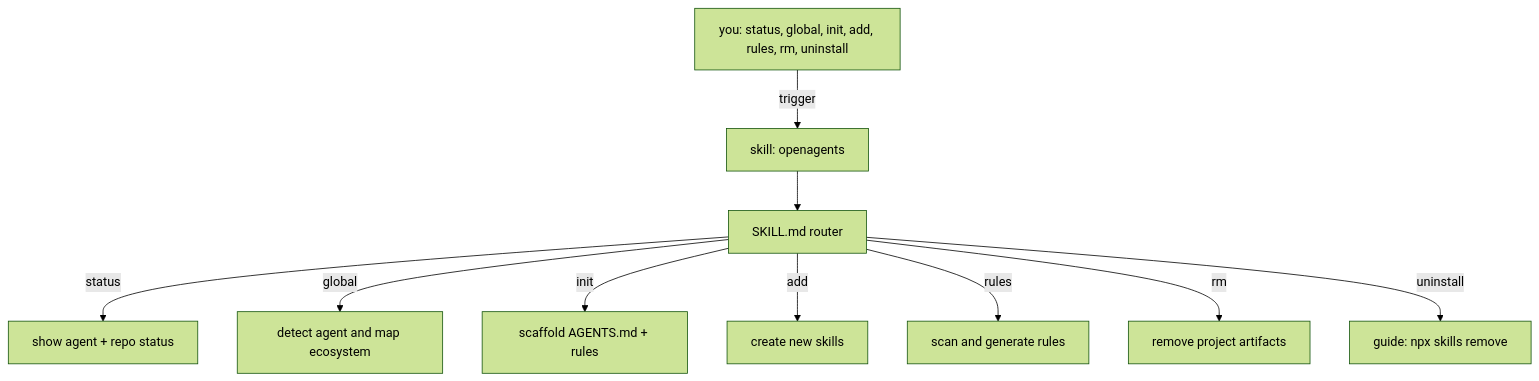
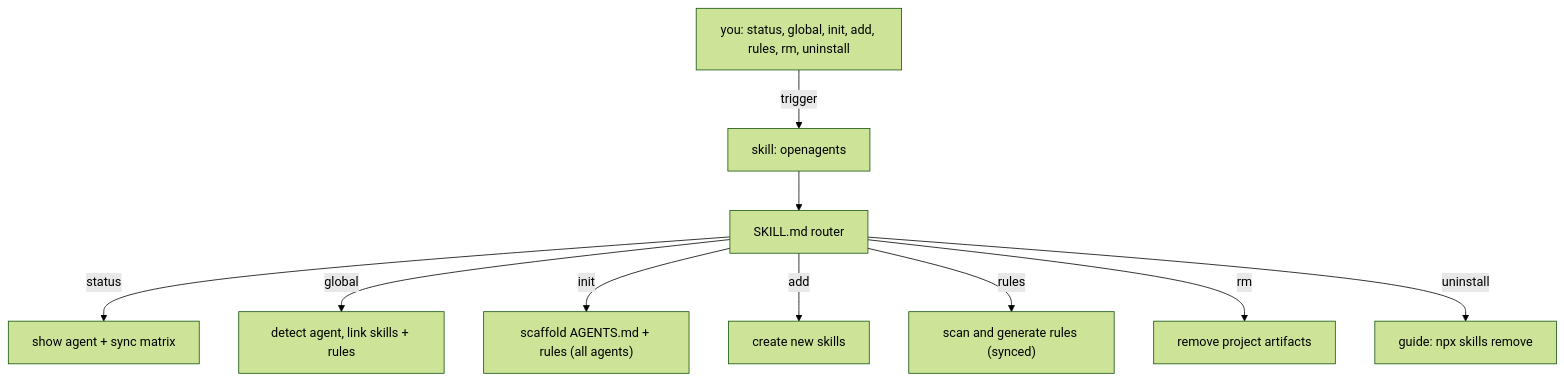
The diagram in README.md (luismtns/openagents), drawn with Mermaid (forest theme) before and after one commit. The commit also changed other lines of this file and 16 other files, not shown here.

Commit message:
feat: unified multi-agent skills+rules sync (1.10.0)

````diff
--- a/README.md
+++ b/README.md
@@ -19,12 +25,12 @@
 ```mermaid
 flowchart TD
     U["you: status, global, init, add, rules, rm, uninstall"] -->|trigger| S["skill: openagents"]
     S --> R["SKILL.md router"]
-    R -->|status| ST["show agent + repo status"]
-    R -->|global| G["detect agent and map ecosystem"]
-    R -->|init| I["scaffold AGENTS.md + rules"]
+    R -->|status| ST["show agent + sync matrix"]
+    R -->|global| G["detect agent, link skills + rules"]
+    R -->|init| I["scaffold AGENTS.md + rules (all agents)"]
     R -->|add| A["create new skills"]
-    R -->|rules| RL["scan and generate rules"]
+    R -->|rules| RL["scan and generate rules (synced)"]
     R -->|rm| RM["remove project artifacts"]
     R -->|uninstall| UI["guide: npx skills remove"]
 ```
````
